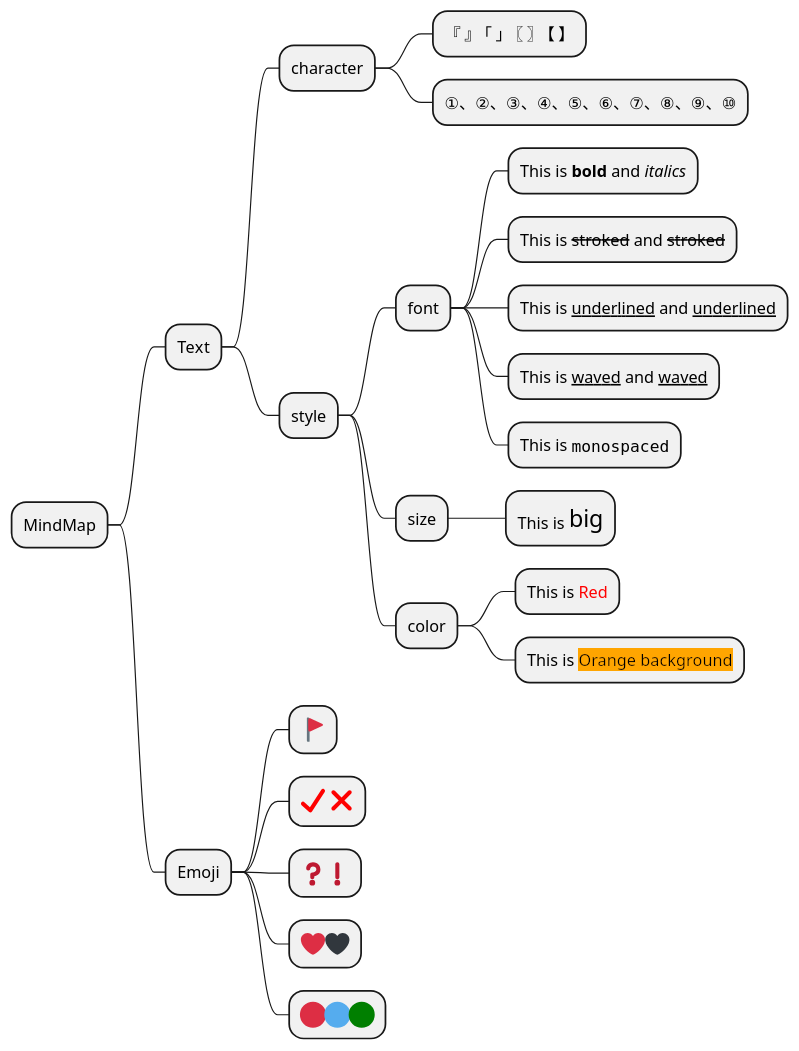
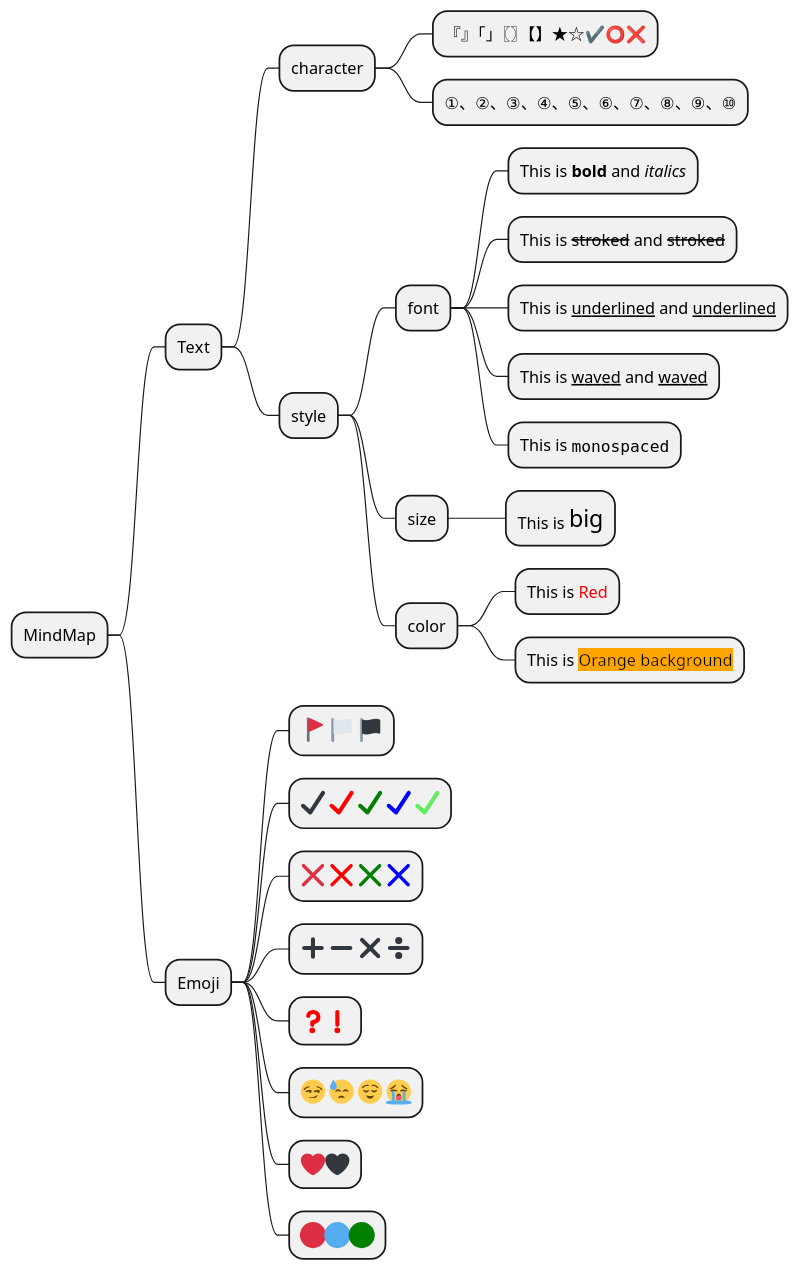
The diagram in _plantuml/mindmap/basic/plantuml-mindmap-cheatsheet.md (lsieun/lsieun.github.io), drawn with PlantUML before and after one commit. The commit also changed other lines of this file and 81 other files, not shown here.

````diff
--- a/_plantuml/mindmap/basic/plantuml-mindmap-cheatsheet.md
+++ b/_plantuml/mindmap/basic/plantuml-mindmap-cheatsheet.md
@@ -38,29 +41,32 @@
 ```plantuml
 @startmindmap
 
 * MindMap
     * Text
         * character
-            * 『』「」〖〗【】
+            * 『』「」〖〗【】★☆✔️⭕❌
             * ①、②、③、④、⑤、⑥、⑦、⑧、⑨、⑩
         * style
             * font
                 * This is <b>bold</b> and <i>italics</i>
                 * This is <s>stroked</s> and <s:green>stroked</s>
                 * This is <u>underlined</u> and <u:red>underlined</u>
                 * This is <w>waved</w> and <w:#0000FF>waved</w>
                 * This is <font:monospaced>monospaced</font>
             * size
                 * This is <size:20>big</size>
             * color
                 * This is <color:red>Red</color>
                 * This is <back:orange>Orange background</back>
     * Emoji
-        * <:triangular_flag_on_post:>
-        * <#red:heavy_check_mark:> <#red:heavy_multiplication_x:>
-        * <:question:><:exclamation:>
+        * <:triangular_flag_on_post:> <:white_flag:> <:black_flag:>
+        * <:heavy_check_mark:> <#red:heavy_check_mark:> <#green:heavy_check_mark:> <#blue:heavy_check_mark:> <#60EE60:heavy_check_mark:>
+        * <:x:> <#red:x:> <#green:x:> <#blue:x:>
+        * <:heavy_plus_sign:> <:heavy_minus_sign:> <:heavy_multiplication_x:> <:heavy_division_sign:>
+        * <#red:question:><#red:exclamation:>
+        * <:smirk:> <:sweat:> <:relieved:> <:sob:>
         * <:heart:><:black_heart:>
         * <:red_circle:><:large_blue_circle:><#green:red_circle:>
 
 @endmindmap
 ```
````
